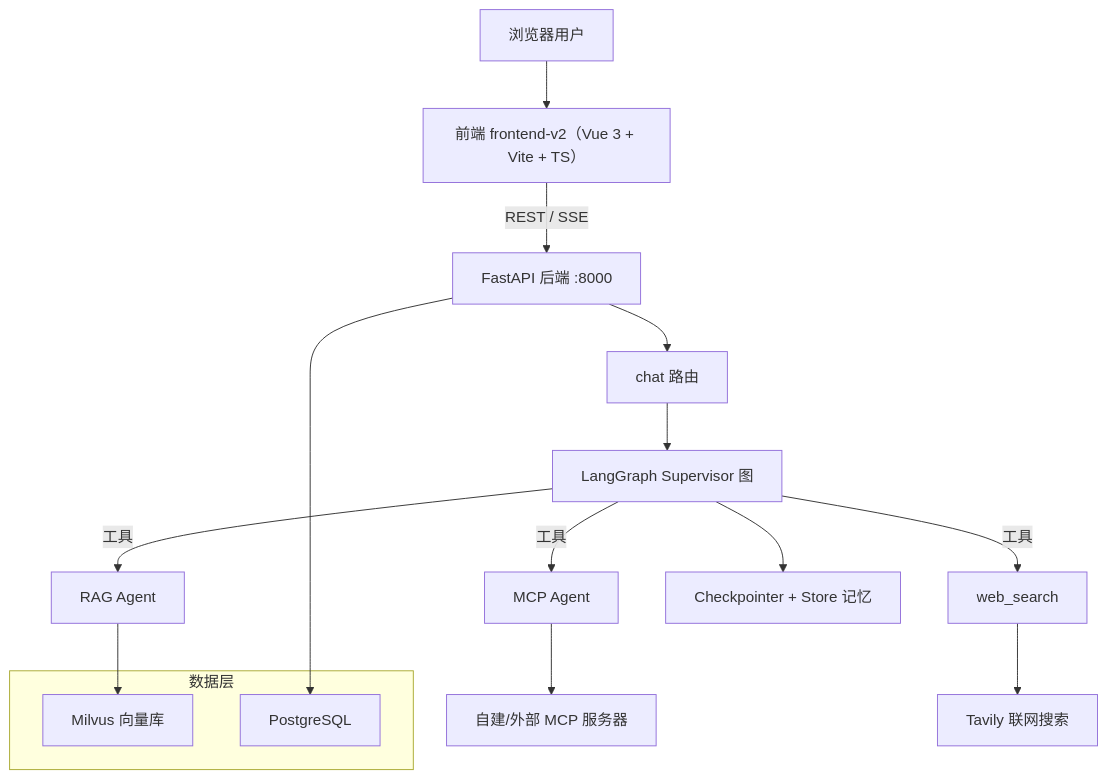
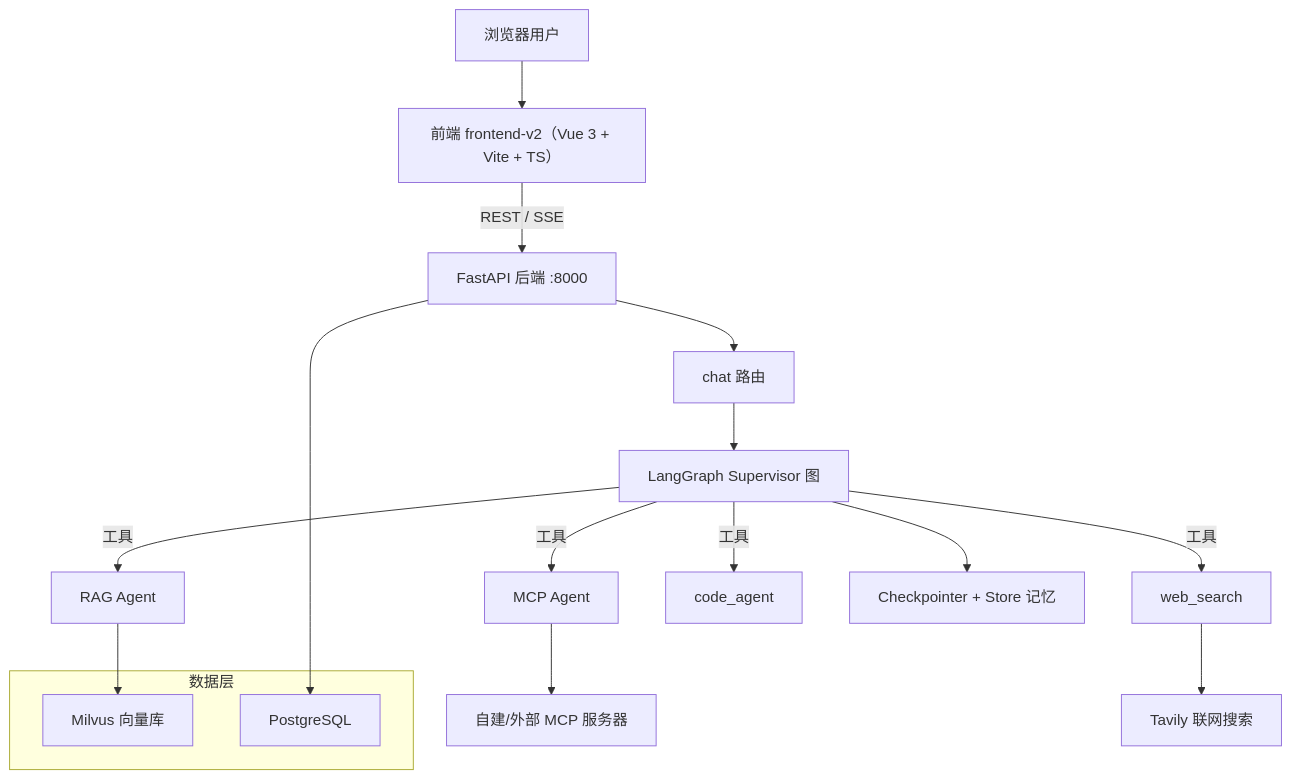
The first of 9 diagrams in docs/EXPLAIN.md (Zhuliqx/Agentchat), drawn with Mermaid before and after one commit. The commit also changed other lines of this file and 60 other files, not shown here.

````diff
--- a/docs/EXPLAIN.md
+++ b/docs/EXPLAIN.md
@@ -98,19 +98,20 @@
 ```mermaid
 graph TD
     U[浏览器用户] --> F[前端 frontend-v2（Vue 3 + Vite + TS）]
     F -->|REST / SSE| API[FastAPI 后端 :8000]
     API --> CHAT[chat 路由]
     CHAT --> G[LangGraph Supervisor 图]
     G -->|工具| RAG[RAG Agent]
     G -->|工具| MCP[MCP Agent]
     G -->|工具| SEARCH[web_search]
+    G -->|工具| CODE[code_agent]
     RAG --> MV[Milvus 向量库]
     MCP --> MCS[自建/外部 MCP 服务器]
     SEARCH --> TAV[Tavily 联网搜索]
     API --> PG[PostgreSQL]
     G --> MEM[Checkpointer + Store 记忆]
     subgraph 数据层
         MV
         PG
     end
 ```
````
